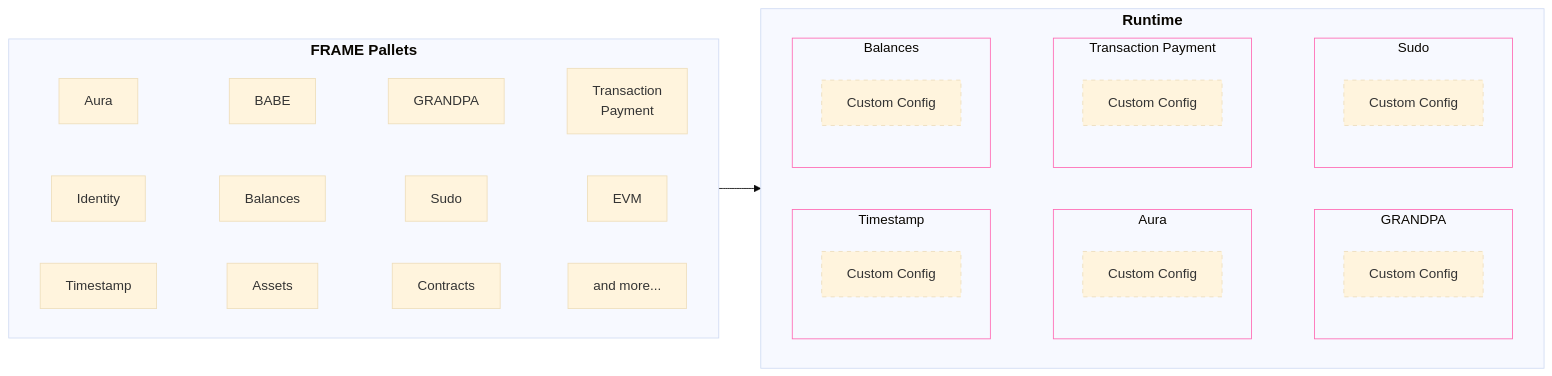
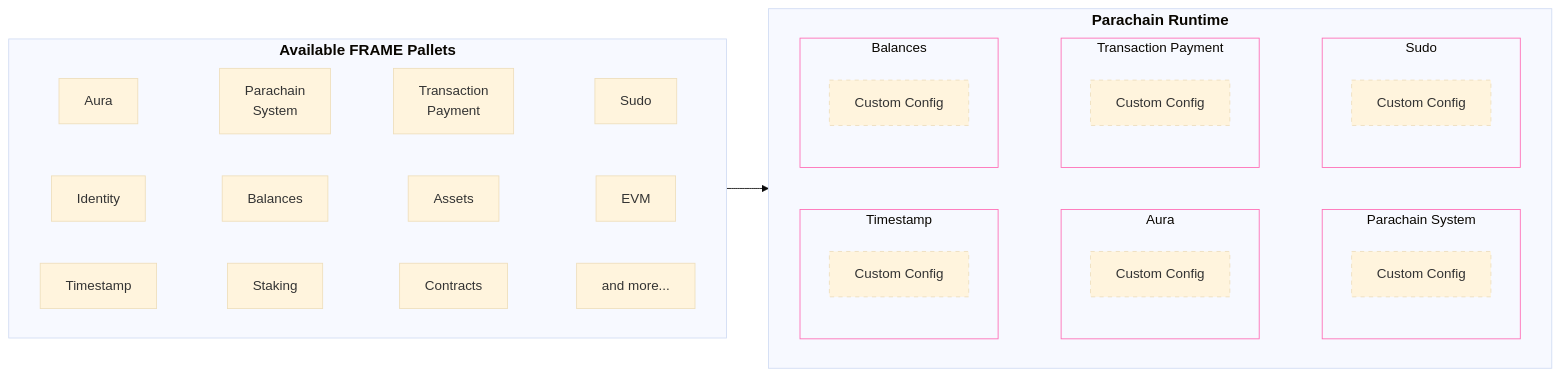
The second of 2 diagrams in parachains/overview.md (polkadot-developers/polkadot-docs), drawn with Mermaid (base theme) before and after one commit. The commit also changed other lines of this file and 10 other files, not shown here.

````diff
--- a/parachains/overview.md
+++ b/parachains/overview.md
@@ -89,46 +87,46 @@
 ```mermaid
 graph LR
-    subgraph SP["<b style='font-size:18px;'>Runtime</b>"]
+    subgraph SP["<b style='font-size:18px;'>Parachain Runtime</b>"]
         direction LR
-        Timestamp ~~~ Aura ~~~ GRANDPA
+        Timestamp ~~~ Aura ~~~ ParachainSystem
         Balances ~~~ TransactionPayment ~~~ Sudo
         subgraph Timestamp["Timestamp"]
             SS1[Custom Config]
         end
         subgraph Aura["Aura"]
             SS2[Custom Config]
         end
-        subgraph GRANDPA["GRANDPA"]
+        subgraph ParachainSystem["Parachain System"]
             SS3[Custom Config]
         end
         subgraph Balances["Balances"]
             SS4[Custom Config]
         end
         subgraph TransactionPayment["Transaction Payment"]
             SS5[Custom Config]
         end
         subgraph Sudo["Sudo"]
             SS6[Custom Config]
         end
         style Timestamp stroke:#FF69B4
         style Aura stroke:#FF69B4
-        style GRANDPA stroke:#FF69B4
+        style ParachainSystem stroke:#FF69B4
         style Balances stroke:#FF69B4
         style TransactionPayment stroke:#FF69B4
         style Sudo stroke:#FF69B4
         style SS1 stroke-dasharray: 5
         style SS2 stroke-dasharray: 5
         style SS3 stroke-dasharray: 5
         style SS4 stroke-dasharray: 5
         style SS5 stroke-dasharray: 5
         style SS6 stroke-dasharray: 5
 
     end
-    subgraph AP["<b style='font-size:18px;'>FRAME Pallets</b>"]
+    subgraph AP["<b style='font-size:18px;'>Available FRAME Pallets</b>"]
         direction LR
-        A1[Aura]~~~A2[BABE]~~~A3[GRANDPA]~~~A4[Transaction<br>Payment]
-        B1[Identity]~~~B2[Balances]~~~B3[Sudo]~~~B4[EVM]
-        C1[Timestamp]~~~C2[Assets]~~~C3[Contracts]~~~C4[and more...]
+        A1[Aura]~~~A2[Parachain<br>System]~~~A3[Transaction<br>Payment]~~~A4[Sudo]
+        B1[Identity]~~~B2[Balances]~~~B3[Assets]~~~B4[EVM]
+        C1[Timestamp]~~~C2[Staking]~~~C3[Contracts]~~~C4[and more...]
     end
     AP --> SP
 ```
````
